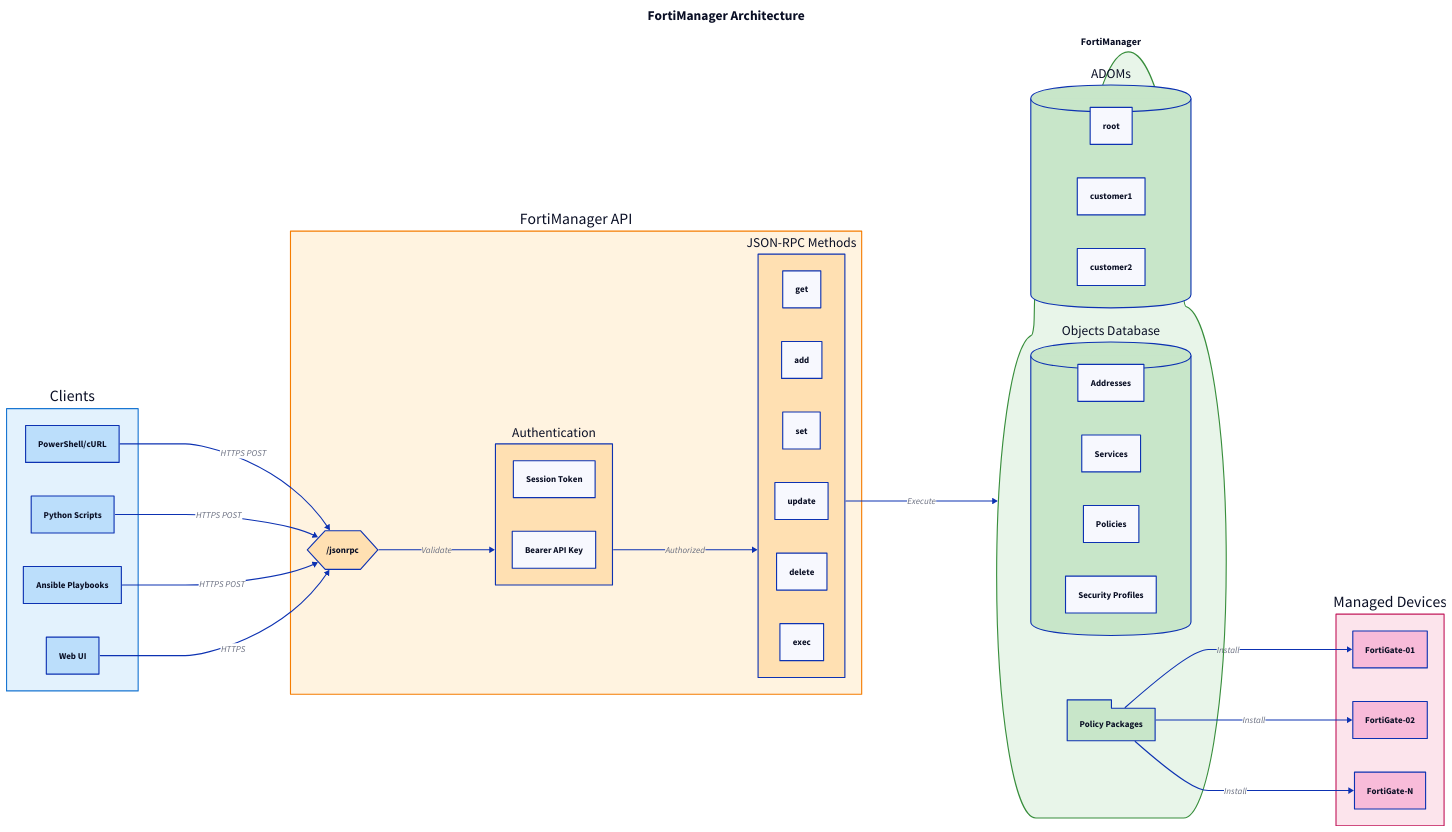
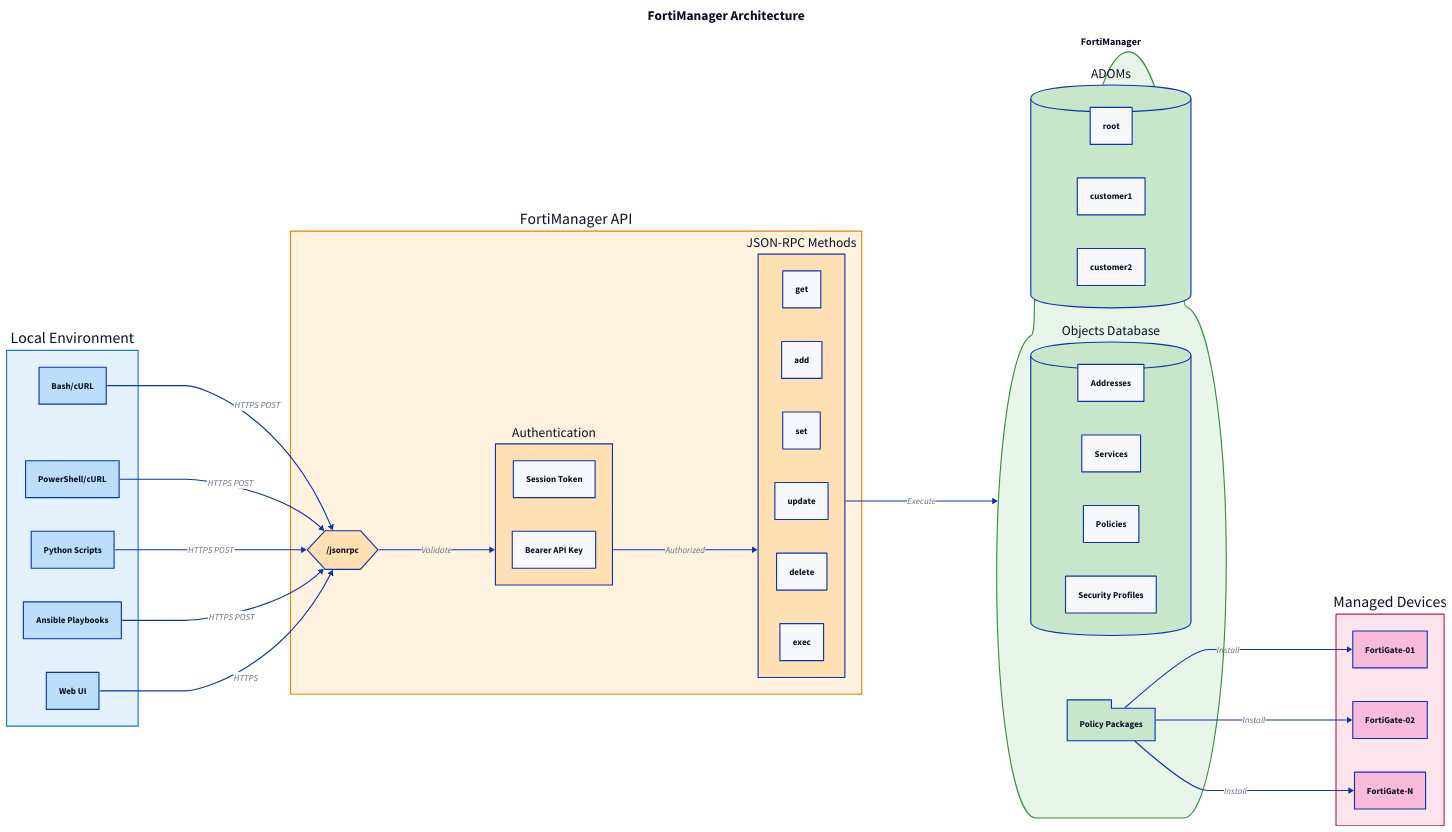
One commit to jeanmichel4121/Demo-Foritmanger changed the diagram in diagrams/01-architecture-overview.d2. Above: the diagram before and after it, drawn with D2. The commit also changed 1 other file, not shown here.

Commit message:
Add Bash/cURL client and rename to Local Environment
- Add Bash/cURL as separate client in architecture diagram
- Rename "Clients" section to "Local Environment"
- Reflects project structure with 01-bash-curl/ folder

```diff
--- a/diagrams/01-architecture-overview.d2
+++ b/diagrams/01-architecture-overview.d2
@@ -1,147 +1,153 @@
 # FortiManager Architecture Overview
 # Diagramme montrant l'architecture globale et les composants
 
 direction: right
 
 title: {
   label: FortiManager Architecture
   near: top-center
   shape: text
   style: {
     font-size: 24
     bold: true
   }
 }
 
-# Client Layer
-clients: Clients {
+# Client Layer - Local Environment
+clients: Local Environment {
   style: {
     fill: "#e3f2fd"
     stroke: "#1976d2"
+  }
+
+  bash: Bash/cURL {
+    shape: rectangle
+    style.fill: "#bbdefb"
   }
 
   powershell: PowerShell/cURL {
     shape: rectangle
     style.fill: "#bbdefb"
   }
 
   python: Python Scripts {
     shape: rectangle
     style.fill: "#bbdefb"
   }
 
   ansible: Ansible Playbooks {
     shape: rectangle
     style.fill: "#bbdefb"
   }
 
   webui: Web UI {
     shape: rectangle
     style.fill: "#bbdefb"
   }
 }
 
 # API Layer
 api: FortiManager API {
   style: {
     fill: "#fff3e0"
     stroke: "#f57c00"
   }
 
   endpoint: "/jsonrpc" {
     shape: hexagon
     style.fill: "#ffe0b2"
   }
 
   auth: Authentication {
     shape: rectangle
     style.fill: "#ffe0b2"
 
     session: Session Token
     bearer: Bearer API Key
   }
 
   methods: JSON-RPC Methods {
     shape: rectangle
     style.fill: "#ffe0b2"
 
     get: get
     add: add
     set: set
     update: update
     delete: delete
     exec: exec
   }
 }
 
 # FortiManager Core
 fmg: FortiManager {
   shape: cloud
   style: {
     fill: "#e8f5e9"
     stroke: "#388e3c"
     font-size: 18
     bold: true
   }
 
   adom: ADOMs {
     shape: cylinder
     style.fill: "#c8e6c9"
 
     root: root
     customer1: customer1
     customer2: customer2
   }
 
   objects: Objects Database {
     shape: cylinder
     style.fill: "#c8e6c9"
 
     addresses: Addresses
     services: Services
     policies: Policies
     profiles: Security Profiles
   }
 
   packages: Policy Packages {
     shape: package
     style.fill: "#c8e6c9"
   }
 }
 
 # FortiGate Devices
 devices: Managed Devices {
   style: {
     fill: "#fce4ec"
     stroke: "#c2185b"
   }
 
   fgt1: FortiGate-01 {
     shape: rectangle
     style.fill: "#f8bbd9"
   }
 
   fgt2: FortiGate-02 {
     shape: rectangle
     style.fill: "#f8bbd9"
   }
 
   fgt3: FortiGate-N {
     shape: rectangle
     style.fill: "#f8bbd9"
   }
 }
 
 # Connections
+clients.bash -> api.endpoint: HTTPS POST
 clients.powershell -> api.endpoint: HTTPS POST
 clients.python -> api.endpoint: HTTPS POST
 clients.ansible -> api.endpoint: HTTPS POST
 clients.webui -> api.endpoint: HTTPS
 
 api.endpoint -> api.auth: Validate
 api.auth -> api.methods: Authorized
 api.methods -> fmg: Execute
 
 fmg.packages -> devices.fgt1: Install
 fmg.packages -> devices.fgt2: Install
 fmg.packages -> devices.fgt3: Install
```
